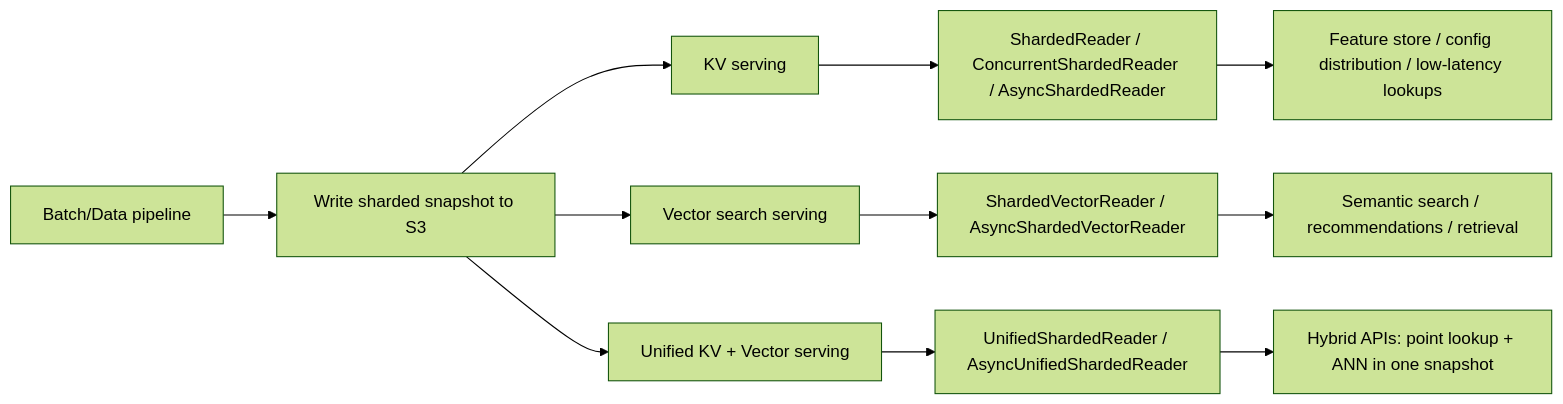
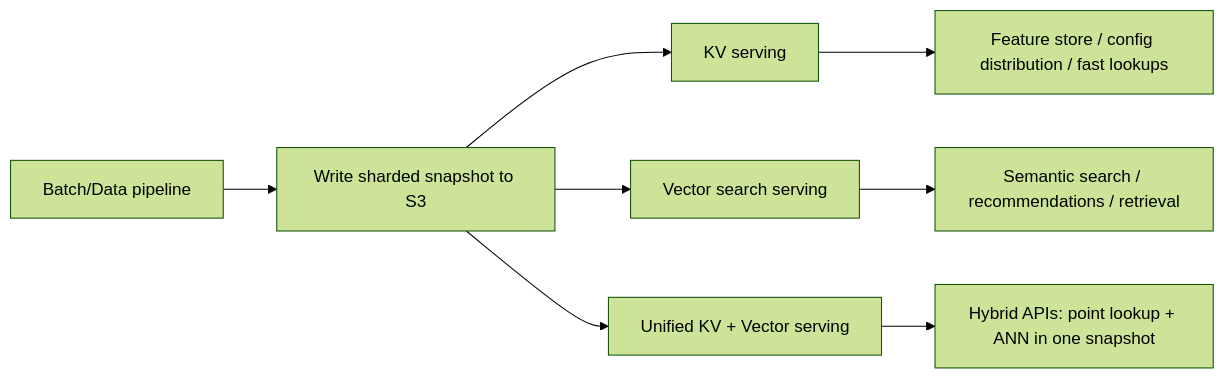
Before and after one commit to elkin/shardyfusion: the diagram in README.md, drawn with Mermaid (forest theme). The commit also changed other lines of this file, not shown here.

````diff
--- a/README.md
+++ b/README.md
@@ -19,16 +15,12 @@
 ```mermaid
 flowchart LR
     A[Batch/Data pipeline] --> B[Write sharded snapshot to S3]
 
     B --> C1[KV serving]
     B --> C2[Vector search serving]
     B --> C3[Unified KV + Vector serving]
 
-    C1 --> D1[ShardedReader / ConcurrentShardedReader / AsyncShardedReader]
-    C2 --> D2[ShardedVectorReader / AsyncShardedVectorReader]
-    C3 --> D3[UnifiedShardedReader / AsyncUnifiedShardedReader]
-
-    D1 --> E1[Feature store / config distribution / low-latency lookups]
-    D2 --> E2[Semantic search / recommendations / retrieval]
-    D3 --> E3[Hybrid APIs: point lookup + ANN in one snapshot]
+    C1 --> D1[Feature store / config distribution / fast lookups]
+    C2 --> D2[Semantic search / recommendations / retrieval]
+    C3 --> D3[Hybrid APIs: point lookup + ANN in one snapshot]
 ```
````
